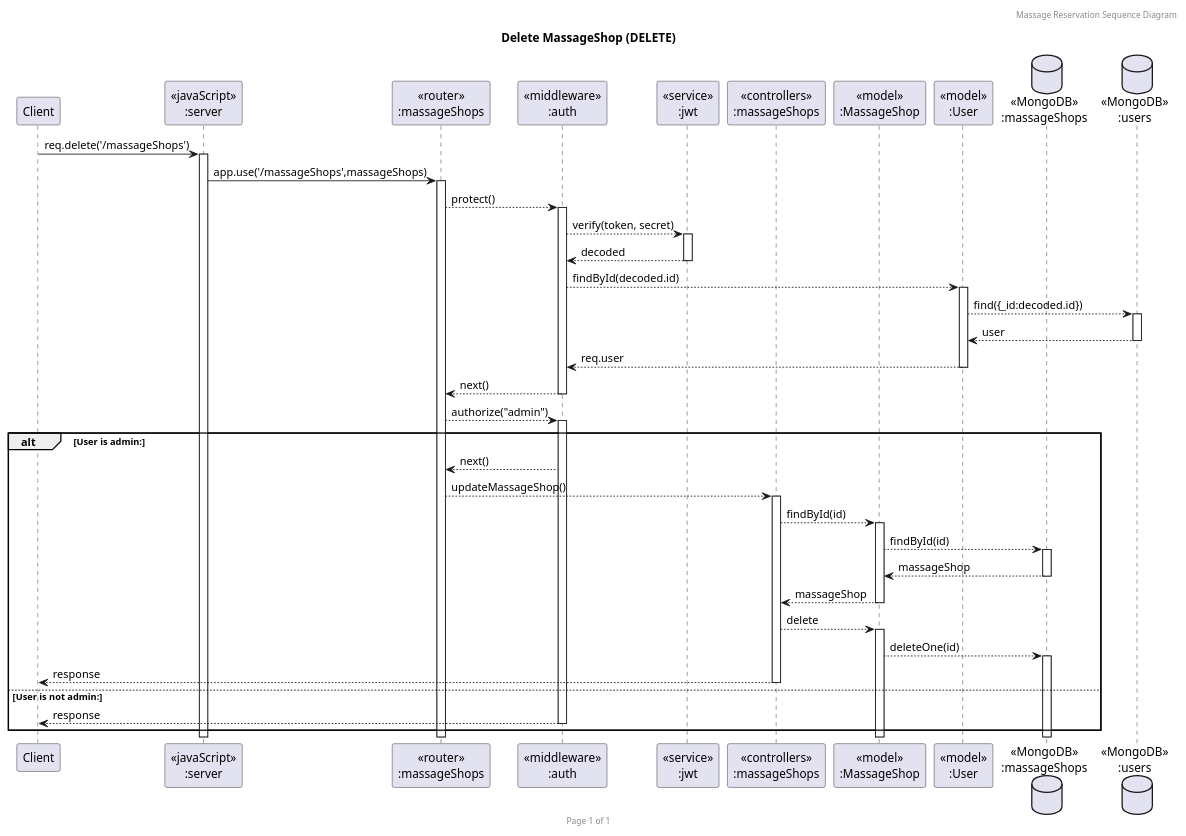
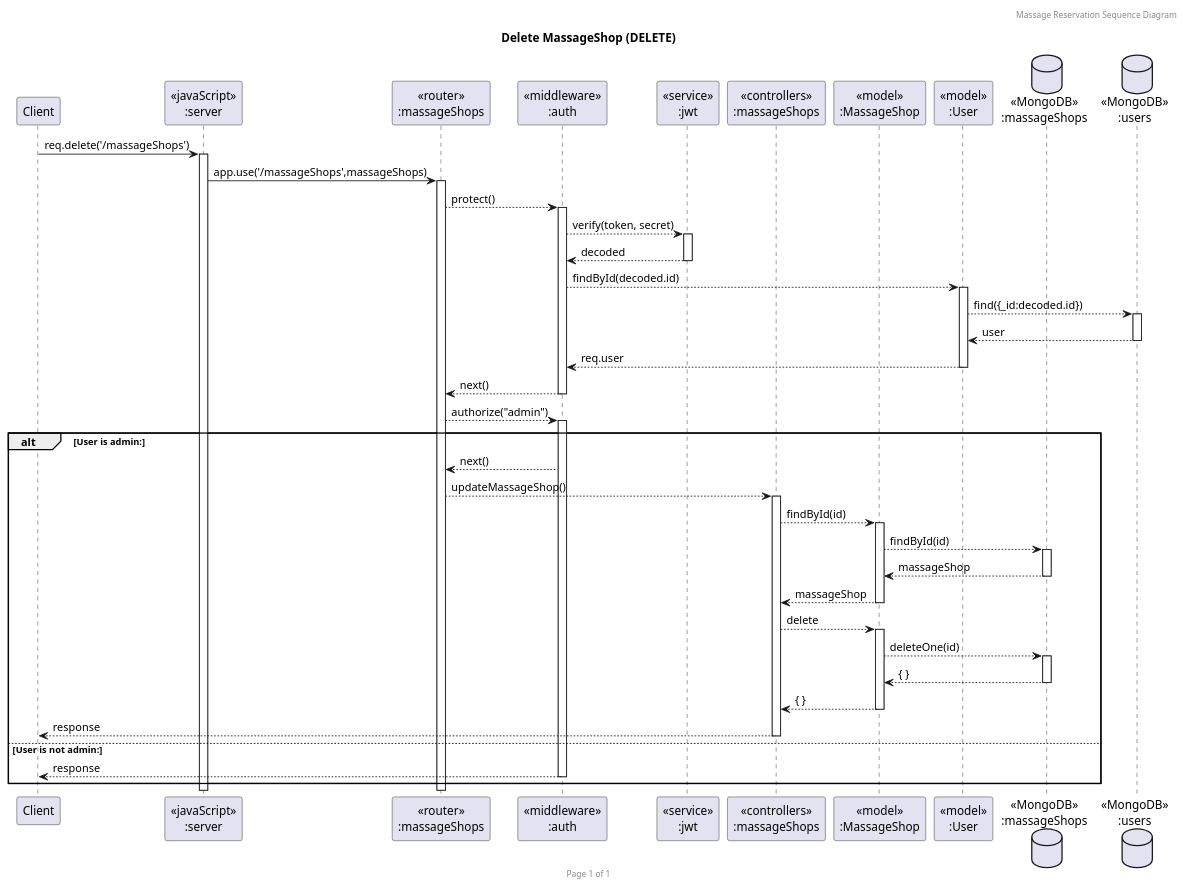
The diagram in diagrams/sequence-diagrams/massageShop/MsgRes_MsgShop_DELETE_delete.puml (papongun/SW-Dev-Backend-Project), drawn with PlantUML before and after one commit.

Commit message:
[FIX] Delete msgShop return of model/db

```diff
--- a/diagrams/sequence-diagrams/massageShop/MsgRes_MsgShop_DELETE_delete.puml
+++ b/diagrams/sequence-diagrams/massageShop/MsgRes_MsgShop_DELETE_delete.puml
@@ -1,46 +1,48 @@
 @startuml Delete MassageShop (DELETE)
 
 header Massage Reservation Sequence Diagram
 footer Page %page% of %lastpage%
 title "Delete MassageShop (DELETE)"
 
 participant "Client" as client
 participant "<<javaScript>>\n:server" as server
 participant "<<router>>\n:massageShops" as routerMassageShops
 participant "<<middleware>>\n:auth" as middlewareAuth
 participant "<<service>>\n:jwt" as jwtAuth
 participant "<<controllers>>\n:massageShops" as controllersMassageShops
 participant "<<model>>\n:MassageShop" as modelMassageShop
 participant "<<model>>\n:User" as modelUser
 database "<<MongoDB>>\n:massageShops" as MassageShopsDatabase
 database "<<MongoDB>>\n:users" as UsersDatabase
 
 client->server ++:req.delete('/massageShops')
 server->routerMassageShops ++:app.use('/massageShops',massageShops)
 
 routerMassageShops --> middlewareAuth ++:protect()
 middlewareAuth --> jwtAuth ++:verify(token, secret)
 middlewareAuth <-- jwtAuth --:decoded
 middlewareAuth --> modelUser ++:findById(decoded.id)
 modelUser --> UsersDatabase ++: find({_id:decoded.id})
 modelUser <-- UsersDatabase --:user
 middlewareAuth <-- modelUser --:req.user
 routerMassageShops <-- middlewareAuth --:next()
 
 routerMassageShops --> middlewareAuth ++:authorize("admin")
 
 alt User is admin:
     routerMassageShops <-- middlewareAuth :next()
     routerMassageShops --> controllersMassageShops ++:updateMassageShop()
     controllersMassageShops --> modelMassageShop ++:findById(id)
     modelMassageShop --> MassageShopsDatabase ++:findById(id)
     modelMassageShop <-- MassageShopsDatabase --:massageShop
     controllersMassageShops <-- modelMassageShop --:massageShop
     controllersMassageShops --> modelMassageShop ++:delete
     modelMassageShop --> MassageShopsDatabase ++:deleteOne(id)
+    modelMassageShop <-- MassageShopsDatabase --:{ }
+    controllersMassageShops <-- modelMassageShop --:{ }
     client <-- controllersMassageShops --:response
 else User is not admin:
     client <-- middlewareAuth --:response
     end
 
 @enduml
```
